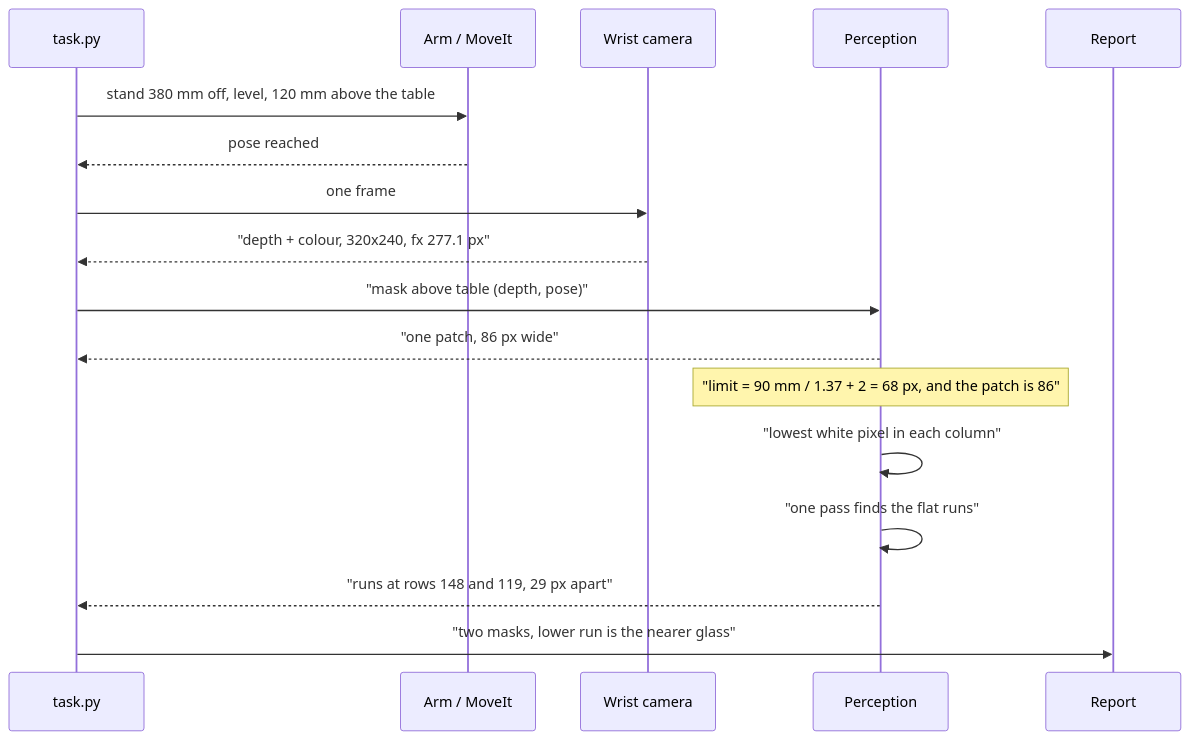
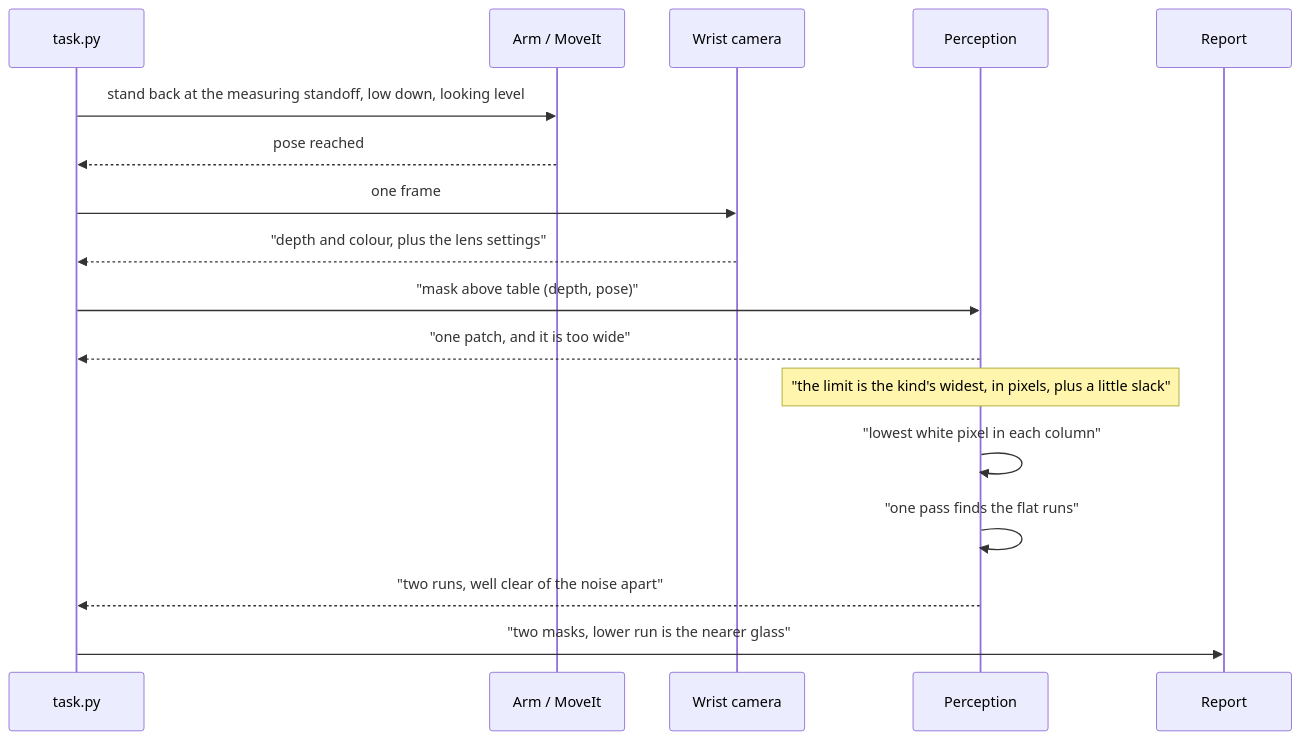
The first of 3 diagrams in v5-pick-glasses/docs/problem-2/solutions/01-split-the-blob-in-the-picture.md (RobinNagpal/robot-arm-projects), drawn with Mermaid before and after one commit. The commit also changed other lines of this file, not shown here.

````diff
--- a/v5-pick-glasses/docs/problem-2/solutions/01-split-the-blob-in-the-picture.md
+++ b/v5-pick-glasses/docs/problem-2/solutions/01-split-the-blob-in-the-picture.md
@@ -255,19 +305,19 @@
 ```mermaid
 sequenceDiagram
     participant T as task.py
     participant A as Arm / MoveIt
     participant C as Wrist camera
     participant P as Perception
     participant R as Report
-    T->>A: stand 380 mm off, level, 120 mm above the table
+    T->>A: stand back at the measuring standoff, low down, looking level
     A-->>T: pose reached
     T->>C: one frame
-    C-->>T: "depth + colour, 320x240, fx 277.1 px"
+    C-->>T: "depth and colour, plus the lens settings"
     T->>P: "mask above table (depth, pose)"
-    P-->>T: "one patch, 86 px wide"
-    Note over P: "limit = 90 mm / 1.37 + 2 = 68 px, and the patch is 86"
+    P-->>T: "one patch, and it is too wide"
+    Note over P: "the limit is the kind's widest, in pixels, plus a little slack"
     P->>P: "lowest white pixel in each column"
     P->>P: "one pass finds the flat runs"
-    P-->>T: "runs at rows 148 and 119, 29 px apart"
+    P-->>T: "two runs, well clear of the noise apart"
     T->>R: "two masks, lower run is the nearer glass"
 ```
````
